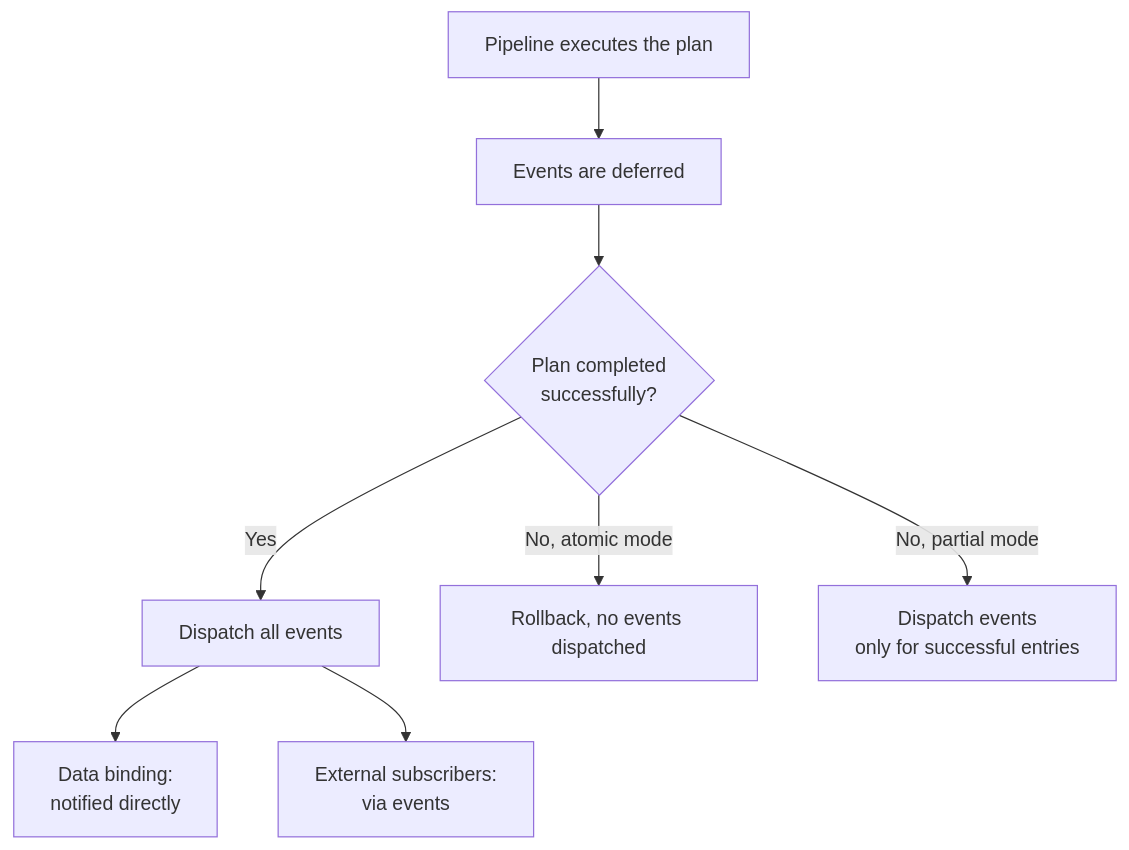
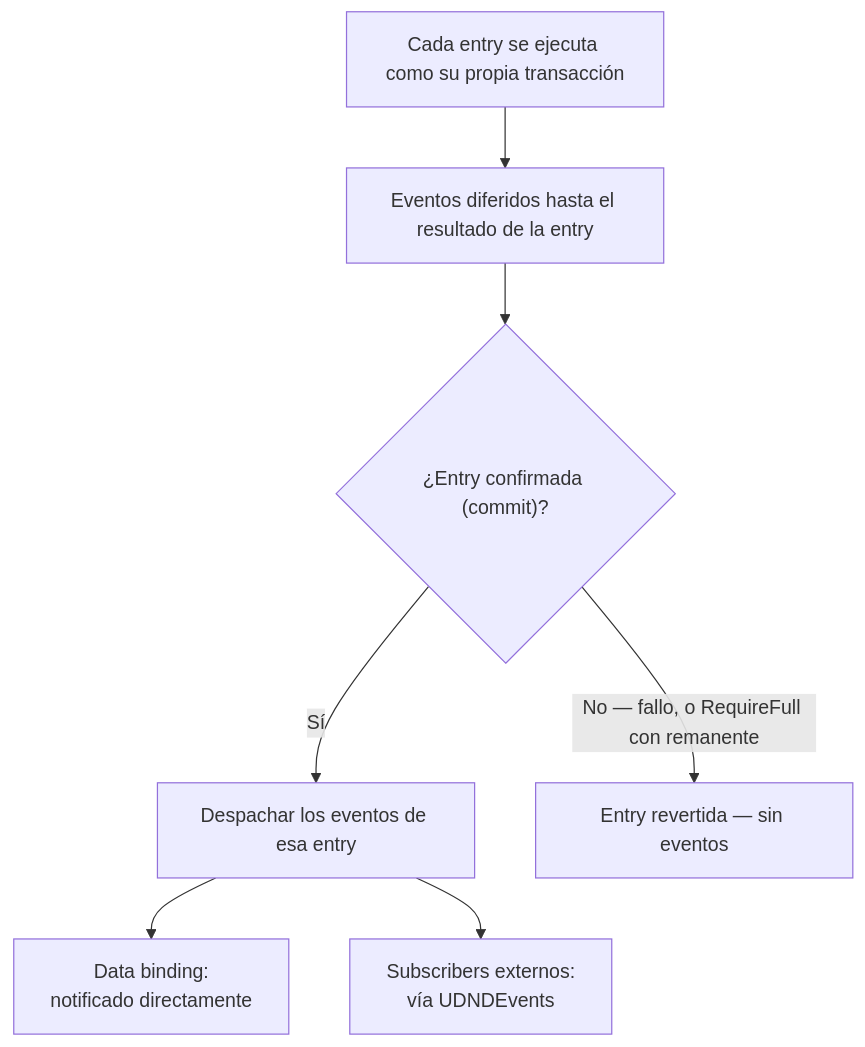
The second of 2 diagrams in .docs/content/reference/events.es.md (SergeevSergey99/DragAndDropSystem-Docs), drawn with Mermaid before and after one commit. The commit also changed other lines of this file and 2 other files, not shown here.

Commit message:
еще правки доков

````diff
--- a/.docs/content/reference/events.es.md
+++ b/.docs/content/reference/events.es.md
@@ -134,11 +136,10 @@
 ```mermaid
 flowchart TB
-    PLAN["Pipeline executes the plan"] --> DEFER["Events are deferred"]
-    DEFER --> OK{"Plan completed\nsuccessfully?"}
-    OK -->|"Yes"| SEND["Dispatch all events"]
-    OK -->|"No, atomic mode"| ROLL["Rollback, no events dispatched"]
-    OK -->|"No, partial mode"| PART["Dispatch events\nonly for successful entries"]
+    ENTRY["Cada entry se ejecuta como su propia transacción"] --> DEFER["Eventos diferidos hasta el resultado de la entry"]
+    DEFER --> OK{"¿Entry confirmada (commit)?"}
+    OK -->|"Sí"| SEND["Despachar los eventos de esa entry"]
+    OK -->|"No — fallo, o RequireFull con remanente"| ROLL["Entry revertida — sin eventos"]
 
-    SEND --> DB["Data binding:\nnotified directly"]
-    SEND --> EXT["External subscribers:\nvia events"]
+    SEND --> DB["Data binding:\nnotificado directamente"]
+    SEND --> EXT["Subscribers externos:\nvía UDNDEvents"]
 ```
````
